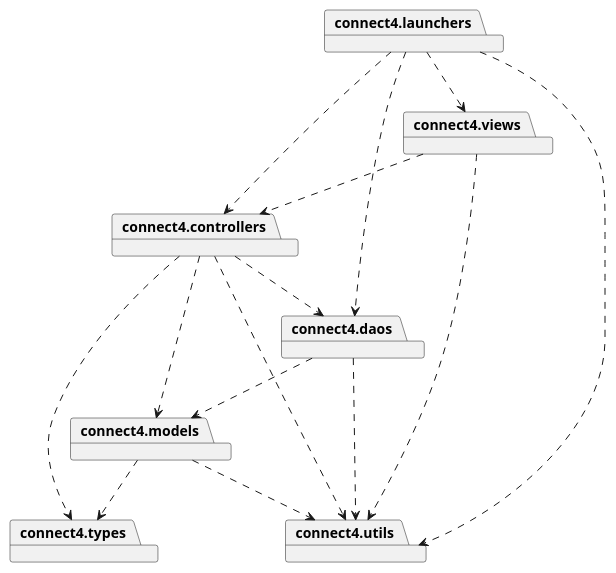
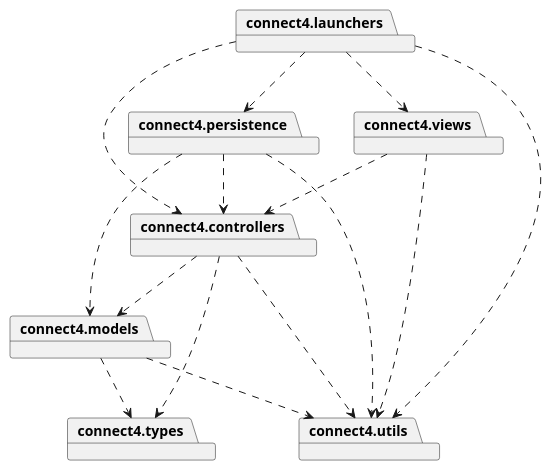
Before and after one commit to js-rom/connect4: the diagram in connect4/Docs/diagrams/src/packages/packageDiagramSummary.plantuml, drawn with PlantUML. The commit also changed 19 other files, not shown here.

```diff
--- a/connect4/Docs/diagrams/src/packages/packageDiagramSummary.plantuml
+++ b/connect4/Docs/diagrams/src/packages/packageDiagramSummary.plantuml
@@ -1,26 +1,26 @@
 @startuml
 
 package connect4.launchers
 package connect4.models
 package connect4.types
 package connect4.views
 package connect4.controllers
 package connect4.utils
-package connect4.daos
+package connect4.persistence
 
 connect4.launchers ..> connect4.views
 connect4.launchers ..> connect4.controllers
 connect4.launchers ..> connect4.utils
 connect4.views ..> connect4.controllers
 connect4.views ..> connect4.utils
 connect4.controllers ..> connect4.models
 connect4.controllers ..> connect4.types
 connect4.controllers ..> connect4.utils
+connect4.persistence ..> connect4.controllers
 connect4.models ..> connect4.types
 connect4.models ..> connect4.utils
-connect4.launchers ..> connect4.daos
-connect4.controllers ..> connect4.daos
-connect4.daos ..> connect4.models
-connect4.daos ..> connect4.utils
+connect4.launchers ..> connect4.persistence
+connect4.persistence ..> connect4.models
+connect4.persistence ..> connect4.utils
 
 @enduml
```
